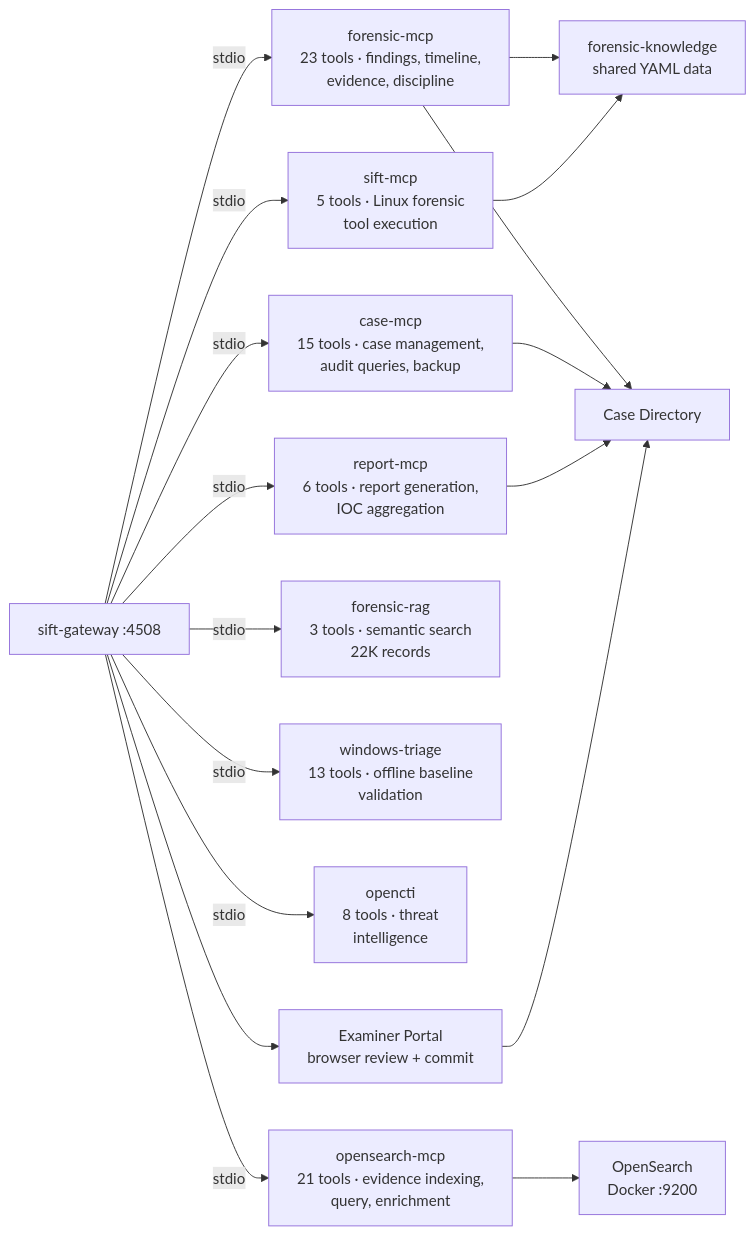
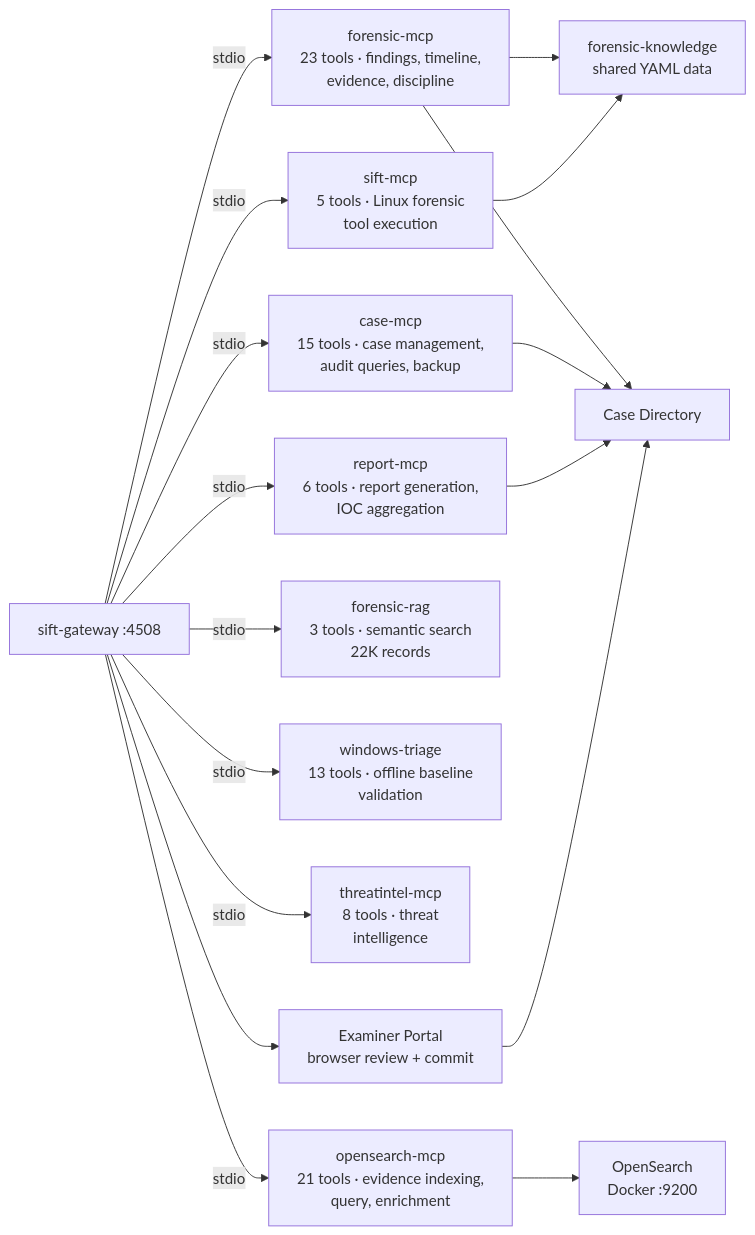
The second of 6 diagrams in README.md (AppliedIR/Valhuntir), drawn with Mermaid before and after one commit. The commit also changed other lines of this file, not shown here.

Commit message:
readme: threatintel-mcp also answers to opencti-mcp, and an approval's checks before the passphrase

````diff
--- a/README.md
+++ b/README.md
@@ -116,34 +116,34 @@
 ```mermaid
 graph LR
     GW["sift-gateway :4508"]
 
     FM["forensic-mcp<br/>23 tools · findings, timeline,<br/>evidence, discipline"]
     CM["case-mcp<br/>15 tools · case management,<br/>audit queries, backup"]
     RM["report-mcp<br/>6 tools · report generation,<br/>IOC aggregation"]
     SM["sift-mcp<br/>5 tools · Linux forensic<br/>tool execution"]
     RAG["forensic-rag<br/>3 tools · semantic search<br/>22K records"]
     WT["windows-triage<br/>13 tools · offline baseline<br/>validation"]
-    OC["opencti<br/>8 tools · threat<br/>intelligence"]
+    OC["threatintel-mcp<br/>8 tools · threat<br/>intelligence"]
     OS["opensearch-mcp<br/>21 tools · evidence indexing,<br/>query, enrichment"]
     CD["Examiner Portal<br/>browser review + commit"]
     FK["forensic-knowledge<br/>shared YAML data"]
     CASE["Case Directory"]
     OSD["OpenSearch<br/>Docker :9200"]
 
     GW -->|stdio| FM
     GW -->|stdio| CM
     GW -->|stdio| RM
     GW -->|stdio| SM
     GW -->|stdio| RAG
     GW -->|stdio| WT
     GW -->|stdio| OC
     GW -->|stdio| OS
     GW --> CD
     FM --> FK
     SM --> FK
     FM --> CASE
     CM --> CASE
     RM --> CASE
     CD --> CASE
     OS --> OSD
 ```
````
